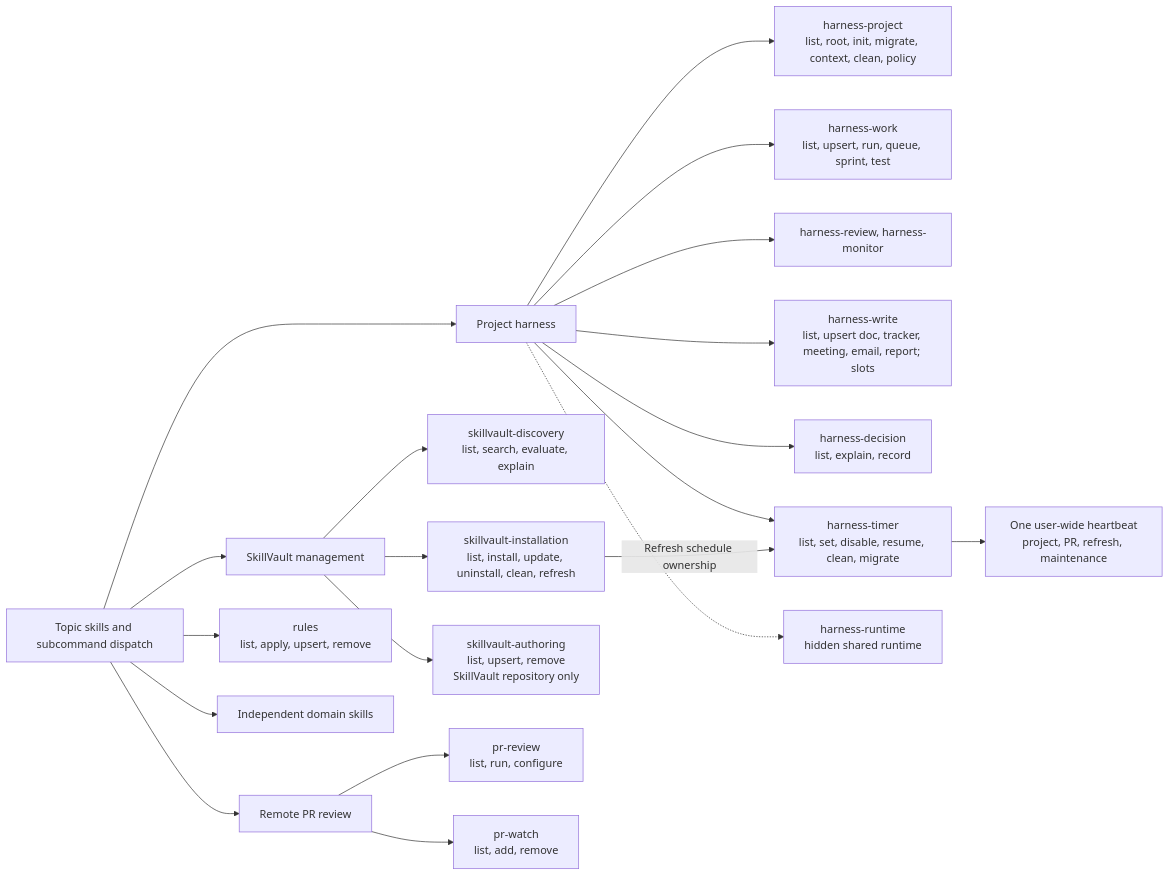
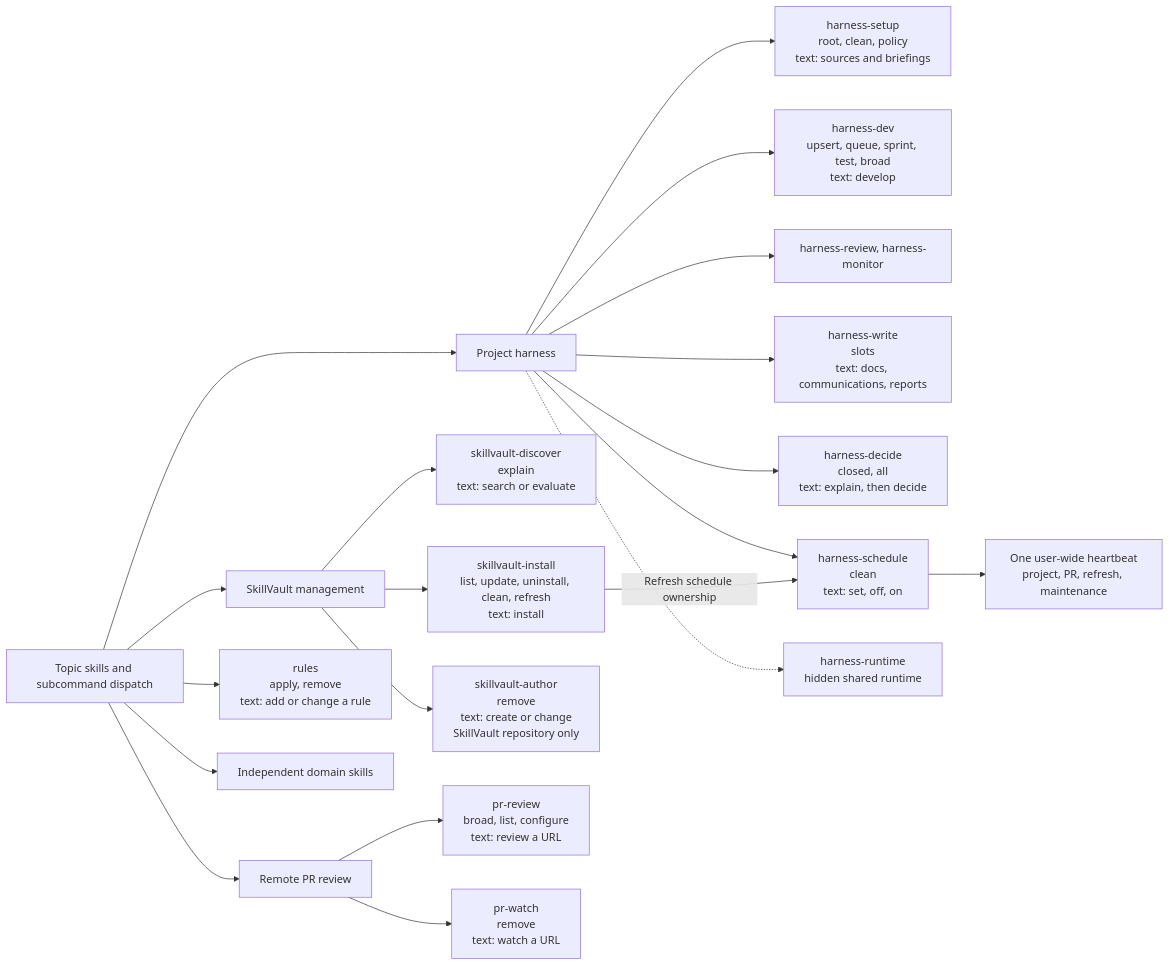
The first of 2 diagrams in docs/plans/2026-09-16-topic-skill-refactor.md (wzlwit/skillvault), drawn with Mermaid before and after one commit. The commit also changed other lines of this file and 243 other files, not shown here.

````diff
--- a/docs/plans/2026-09-16-topic-skill-refactor.md
+++ b/docs/plans/2026-09-16-topic-skill-refactor.md
@@ -49,23 +55,23 @@
 ```mermaid
 flowchart LR
     ENTRY["Topic skills and subcommand dispatch"]
     ENTRY --> SV["SkillVault management"]
     ENTRY --> HN["Project harness"]
     ENTRY --> PR["Remote PR review"]
-    ENTRY --> RULES["rules<br/>list, apply, upsert, remove"]
+    ENTRY --> RULES["rules<br/>apply, remove<br/>text: add or change a rule"]
     ENTRY --> DOMAIN["Independent domain skills"]
-    SV --> DISCOVER["skillvault-discovery<br/>list, search, evaluate, explain"]
-    SV --> INSTALL["skillvault-installation<br/>list, install, update, uninstall, clean, refresh"]
-    SV --> AUTHORING["skillvault-authoring<br/>list, upsert, remove<br/>SkillVault repository only"]
-    HN --> PROJECT["harness-project<br/>list, root, init, migrate, context, clean, policy"]
-    HN --> WORK["harness-work<br/>list, upsert, run, queue, sprint, test"]
+    SV --> DISCOVER["skillvault-discover<br/>explain<br/>text: search or evaluate"]
+    SV --> INSTALL["skillvault-install<br/>list, update, uninstall, clean, refresh<br/>text: install"]
+    SV --> AUTHORING["skillvault-author<br/>remove<br/>text: create or change<br/>SkillVault repository only"]
+    HN --> PROJECT["harness-setup<br/>root, clean, policy<br/>text: sources and briefings"]
+    HN --> WORK["harness-dev<br/>upsert, queue, sprint, test, broad<br/>text: develop"]
     HN --> CHECK["harness-review, harness-monitor"]
-    HN --> OUTPUT["harness-write<br/>list, upsert doc, tracker, meeting, email, report; slots"]
-    HN --> DECIDE["harness-decision<br/>list, explain, record"]
-    HN --> TIMER["harness-timer<br/>list, set, disable, resume, clean, migrate"]
+    HN --> OUTPUT["harness-write<br/>slots<br/>text: docs, communications, reports"]
+    HN --> DECIDE["harness-decide<br/>closed, all<br/>text: explain, then decide"]
+    HN --> TIMER["harness-schedule<br/>clean<br/>text: set, off, on"]
     HN -.-> RUNTIME["harness-runtime<br/>hidden shared runtime"]
-    PR --> REVIEW["pr-review<br/>list, run, configure"]
-    PR --> WATCH["pr-watch<br/>list, add, remove"]
+    PR --> REVIEW["pr-review<br/>broad, list, configure<br/>text: review a URL"]
+    PR --> WATCH["pr-watch<br/>remove<br/>text: watch a URL"]
     TIMER --> HEARTBEAT["One user-wide heartbeat<br/>project, PR, refresh, maintenance"]
     INSTALL -->|Refresh schedule ownership| TIMER
 ```
````
